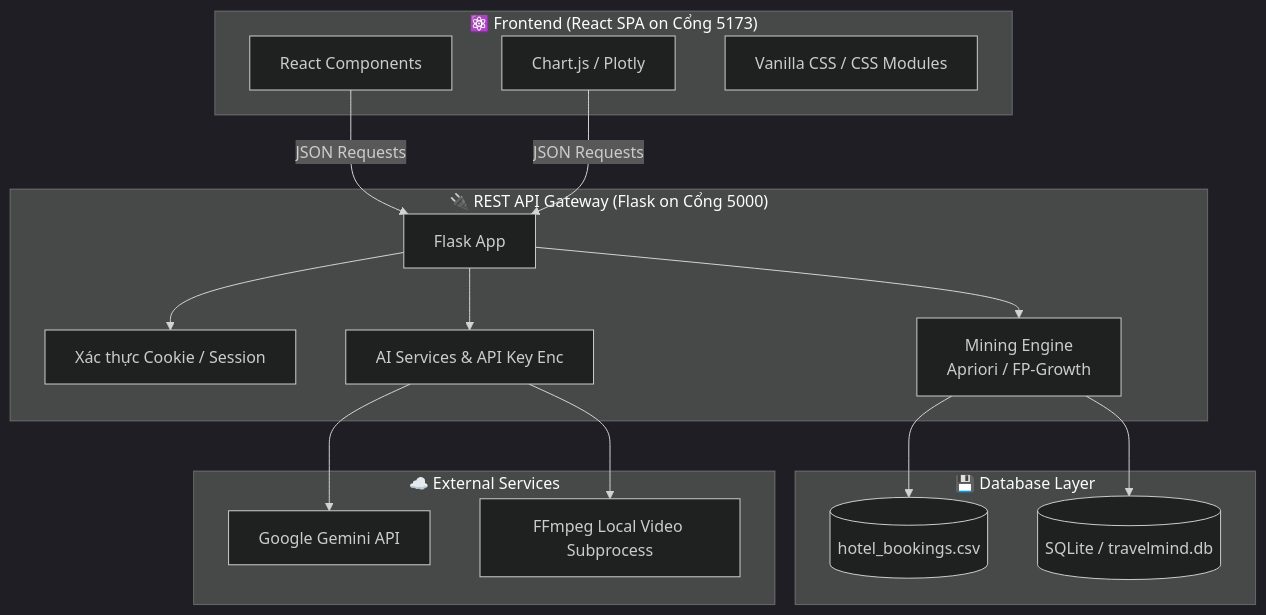
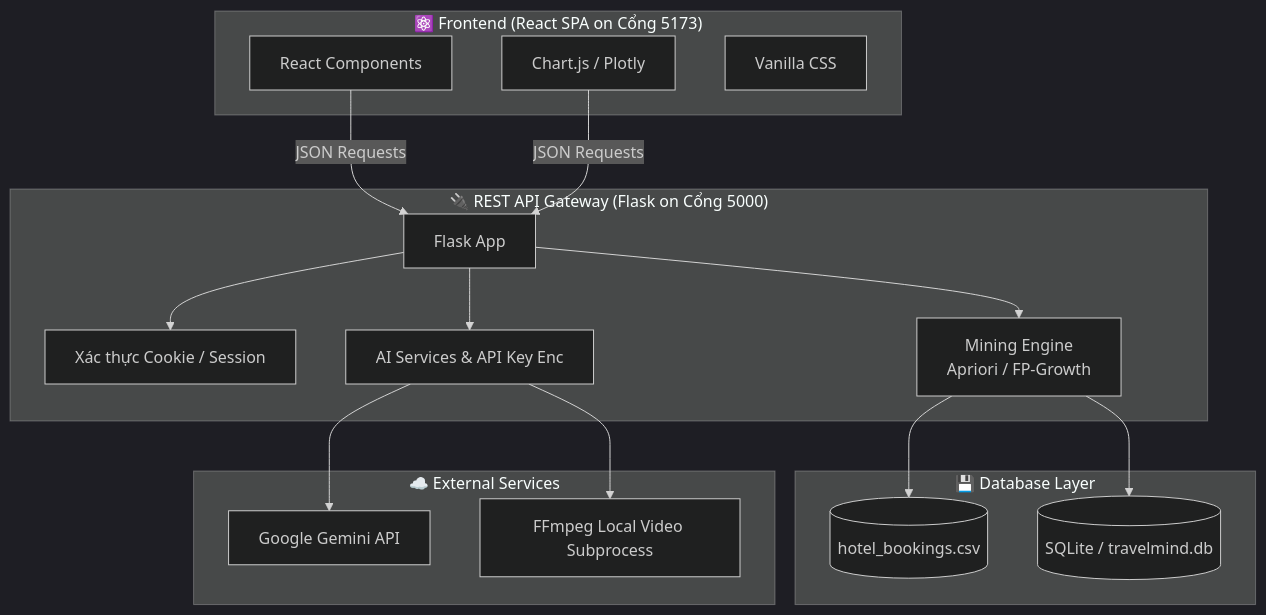
The second of 3 diagrams in README.md (Kandesfx/TravelMind), drawn with Mermaid (dark theme) before and after one commit. The commit also changed other lines of this file and 26 other files, not shown here.

````diff
--- a/README.md
+++ b/README.md
@@ -123,35 +119,35 @@
 ```mermaid
 graph TB
     subgraph "⚛️ Frontend (React SPA on Cổng 5173)"
         UI[React Components]
         Charts[Chart.js / Plotly]
-        CSS[Vanilla CSS / CSS Modules]
+        CSS[Vanilla CSS]
     end
 
     subgraph "🔌 REST API Gateway (Flask on Cổng 5000)"
         API[Flask App]
         Auth[Xác thực Cookie / Session]
         Mining[Mining Engine<br>Apriori / FP-Growth]
         AIEngine[AI Services & API Key Enc]
     end
 
     subgraph "💾 Database Layer"
         CSV[(hotel_bookings.csv)]
         DB[(SQLite / travelmind.db)]
     end
 
     subgraph "☁️ External Services"
         LLM[Google Gemini API]
         FFmpeg[FFmpeg Local Video Subprocess]
     end
 
     UI -->|JSON Requests| API
     Charts -->|JSON Requests| API
     API --> Auth
     API --> Mining
     API --> AIEngine
     Mining --> CSV
     Mining --> DB
     AIEngine --> LLM
     AIEngine --> FFmpeg
 ```
````
